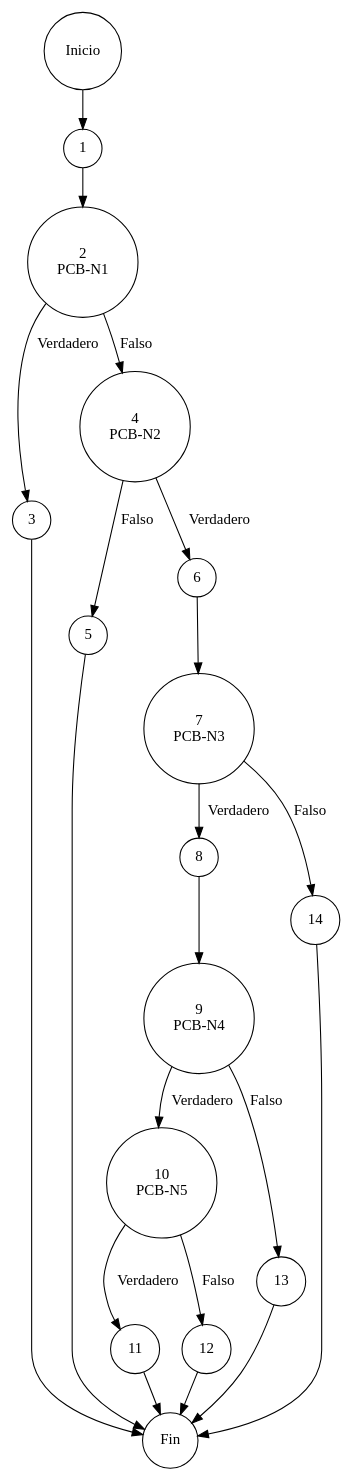
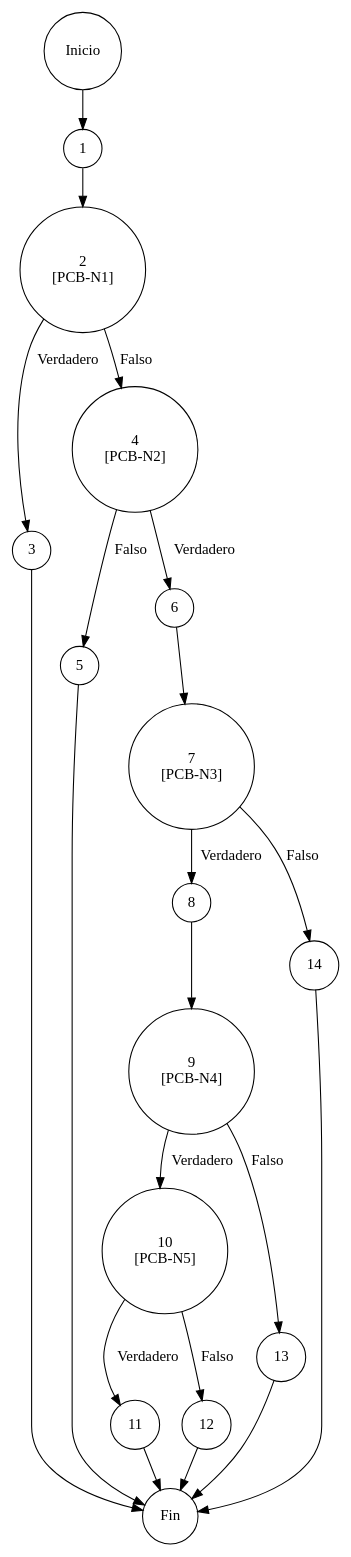
Before and after one commit to gitGabrielCruz/ERP_WALOOK_PCB: the diagram in pcb_analisis/PCB-001_Reporte.md, drawn with PlantUML. The commit also changed other lines of this file and 20 other files, not shown here.

````diff
--- a/pcb_analisis/PCB-001_Reporte.md
+++ b/pcb_analisis/PCB-001_Reporte.md
@@ -160,56 +101,56 @@
 ```plantuml
 @startuml
 digraph CFG_PCB001 {
 
 rankdir=TB
 node [shape=circle]
 
 I [label="Inicio"]
 
 N1 [label="1"]
-N2 [label="2\nPCB-N1"]
+N2 [label="2\n[PCB-N1]"]
 N3 [label="3"]
-N4 [label="4\nPCB-N2"]
+N4 [label="4\n[PCB-N2]"]
 N5 [label="5"]
 N6 [label="6"]
-N7 [label="7\nPCB-N3"]
+N7 [label="7\n[PCB-N3]"]
 N8 [label="8"]
-N9 [label="9\nPCB-N4"]
-N10 [label="10\nPCB-N5"]
+N9 [label="9\n[PCB-N4]"]
+N10 [label="10\n[PCB-N5]"]
 N11 [label="11"]
 N12 [label="12"]
 N13 [label="13"]
 N14 [label="14"]
 
 F [label="Fin"]
 
 I -> N1
 N1 -> N2
 
 N2 -> N3 [label="Verdadero"]
 N2 -> N4 [label="Falso"]
 
 N4 -> N5 [label="Falso"]
 N4 -> N6 [label="Verdadero"]
 
 N6 -> N7
 N7 -> N8 [label="Verdadero"]
 N7 -> N14 [label="Falso"]
 
 N8 -> N9
 N9 -> N10 [label="Verdadero"]
 N9 -> N13 [label="Falso"]
 
 N10 -> N11 [label="Verdadero"]
 N10 -> N12 [label="Falso"]
 
 N3 -> F
 N5 -> F
 N11 -> F
 N12 -> F
 N13 -> F
 N14 -> F
 
 }
 @enduml
 ```
````
